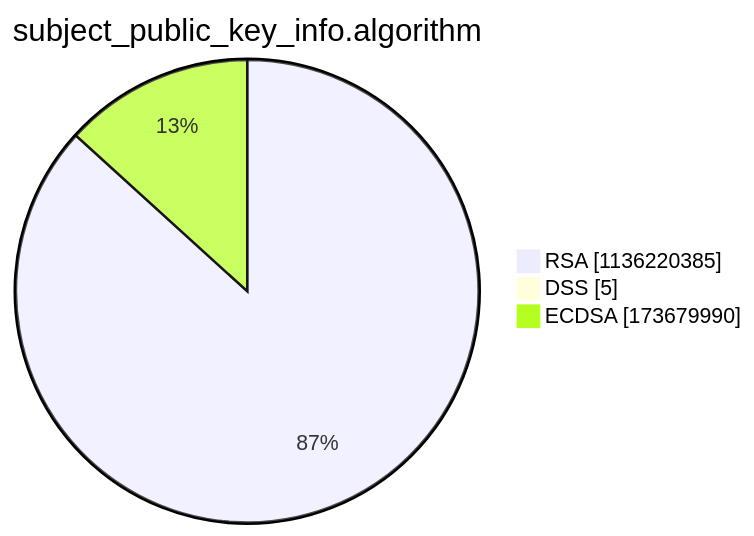
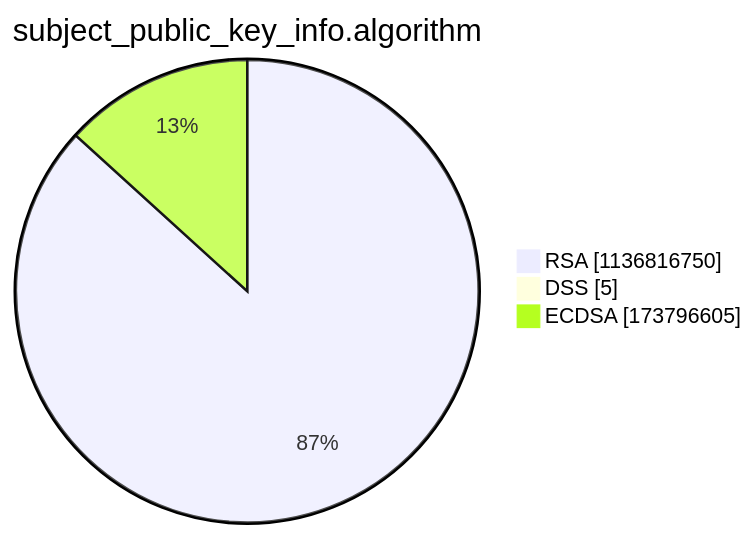
One commit to christiankrug/ctmonitor_visualization changed the third of 15 diagrams in argon2022/README.md. Above: the diagram before and after it, drawn with Mermaid. The commit also changed other lines of this file, not shown here.

````diff
--- a/argon2022/README.md
+++ b/argon2022/README.md
@@ -14,7 +14,7 @@
 ```mermaid
 pie showData
 title subject_public_key_info.algorithm
-"RSA" :1136220385
+"RSA" :1136816750
 "DSS" :5
-"ECDSA" :173679990
+"ECDSA" :173796605
 ```
````
